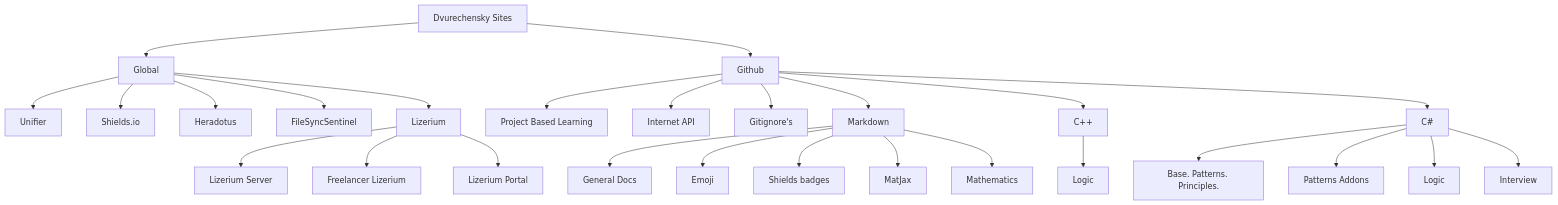
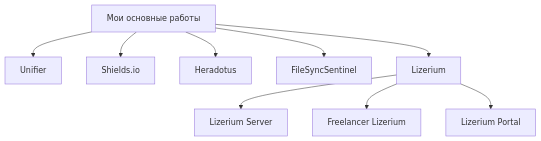
Before and after one commit to Dvurechensky/Dvurechensky: the second of 6 diagrams in docs/index.md, drawn with Mermaid. The commit also changed other lines of this file and 1 other file, not shown here.

````diff
--- a/docs/index.md
+++ b/docs/index.md
@@ -84,29 +97,12 @@
 ```mermaid
 graph TD
-  A[Dvurechensky Sites] --> B[Global]
-  A[Dvurechensky Sites] --> C[Github]
+  B[Мои основные работы]
   B --> B1[Unifier]
   B --> B2[Shields.io]
   B --> B3[Heradotus]
   B --> B4[FileSyncSentinel]
   B --> E[Lizerium]
   E --> E1[Lizerium Server]
   E --> E2[Freelancer Lizerium]
   E --> E3[Lizerium Portal]
-  C --> R[Project Based Learning]
-  C --> M[Internet API]
-  C --> G[Gitignore's]
-  C --> H[Markdown]
-  C --> W[C++]
-  W --> W1[Logic]
-  C --> N[C#]
-  N --> N1[Base. Patterns. Principles.]
-  N --> N2[Patterns Addons]
-  N --> N3[Logic]
-  N --> N4[Interview]
-  H --> K[General Docs]
-  H --> L[Emoji]
-  H --> Z[Shields badges]
-  H --> X[MatJax]
-  H --> V[Mathematics]
 ```
````
